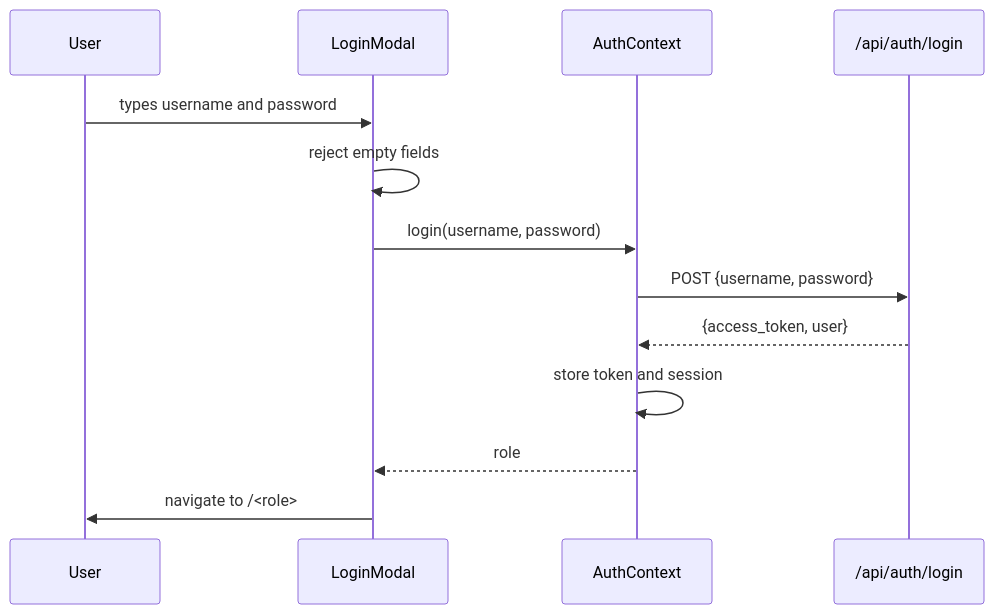
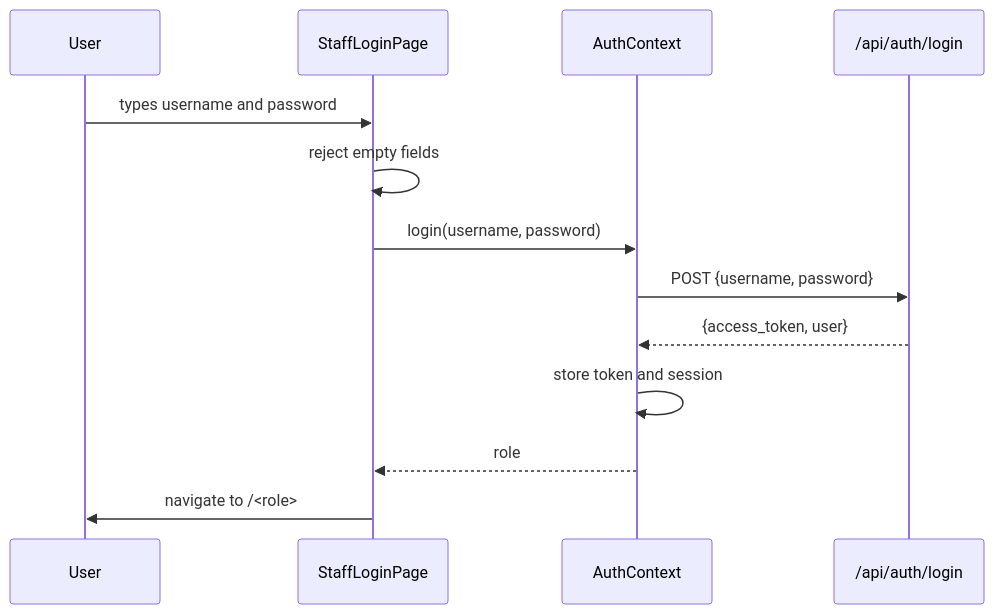
The diagram in source/frontend/FRONTEND.md (kelsengile/AppointMed), drawn with Mermaid before and after one commit. The commit also changed other lines of this file and 9 other files, not shown here.

Commit message:
message: Add staff login page and update frontend documentation

````diff
--- a/source/frontend/FRONTEND.md
+++ b/source/frontend/FRONTEND.md
@@ -217,15 +218,15 @@
 ```mermaid
 sequenceDiagram
     participant U as User
-    participant M as LoginModal
+    participant M as StaffLoginPage
     participant A as AuthContext
     participant API as /api/auth/login
     U->>M: types username and password
     M->>M: reject empty fields
     M->>A: login(username, password)
     A->>API: POST {username, password}
     API-->>A: {access_token, user}
     A->>A: store token and session
     A-->>M: role
     M->>U: navigate to /<role>
 ```
````
